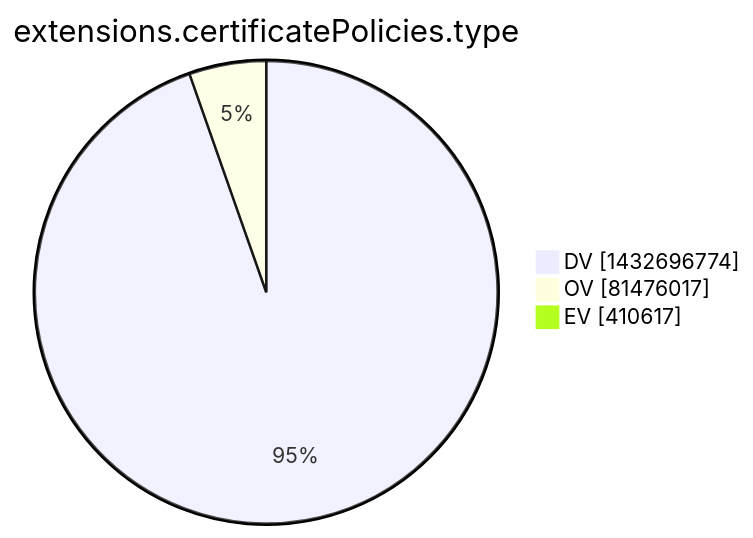
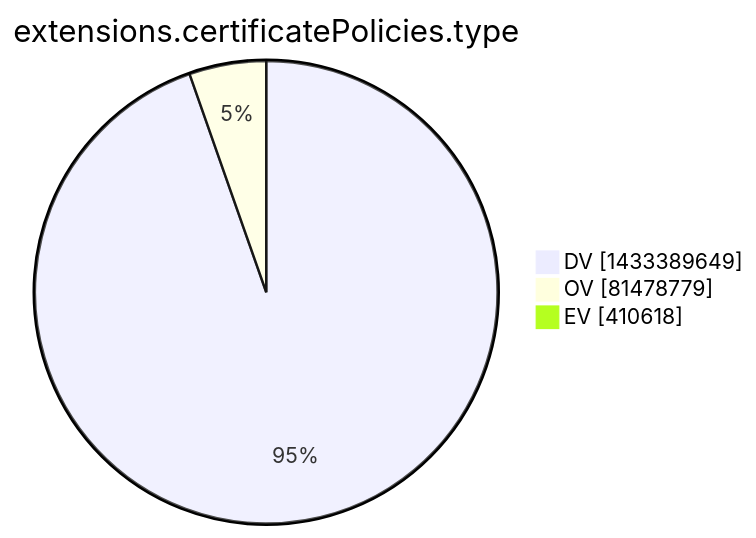
One commit to christiankrug/ctmonitor_visualization changed the tenth of 15 diagrams in xenon2022/README.md. Above: the diagram before and after it, drawn with Mermaid. The commit also changed other lines of this file, not shown here.

````diff
--- a/xenon2022/README.md
+++ b/xenon2022/README.md
@@ -2867,7 +2867,7 @@
 ```mermaid
 pie showData
 title extensions.certificatePolicies.type
-"DV" :1432696774
-"OV" :81476017
-"EV" :410617
+"DV" :1433389649
+"OV" :81478779
+"EV" :410618
 ```
````
